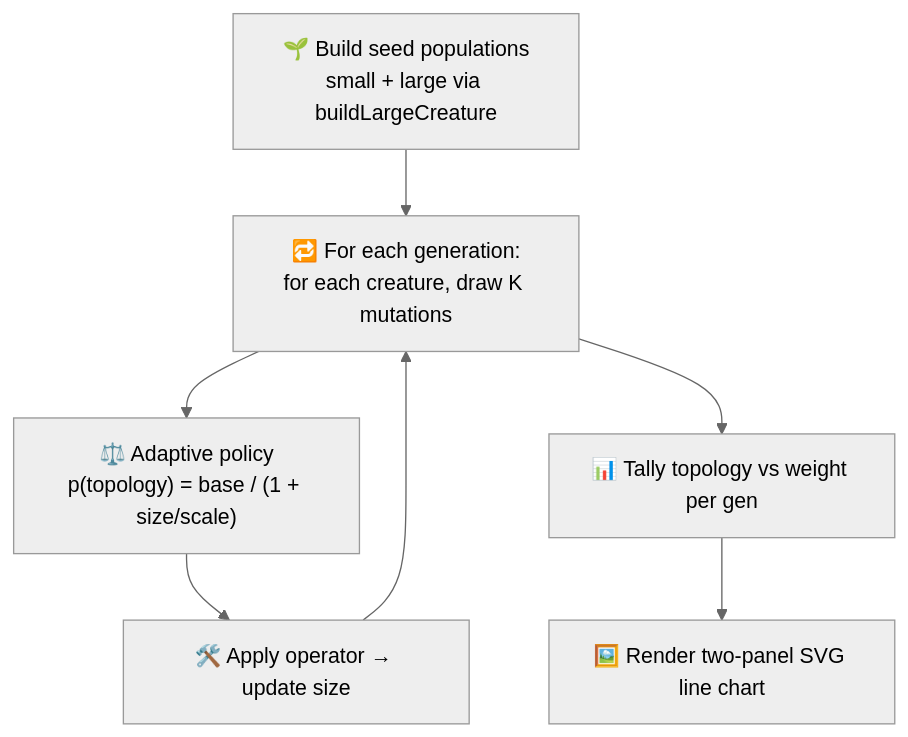
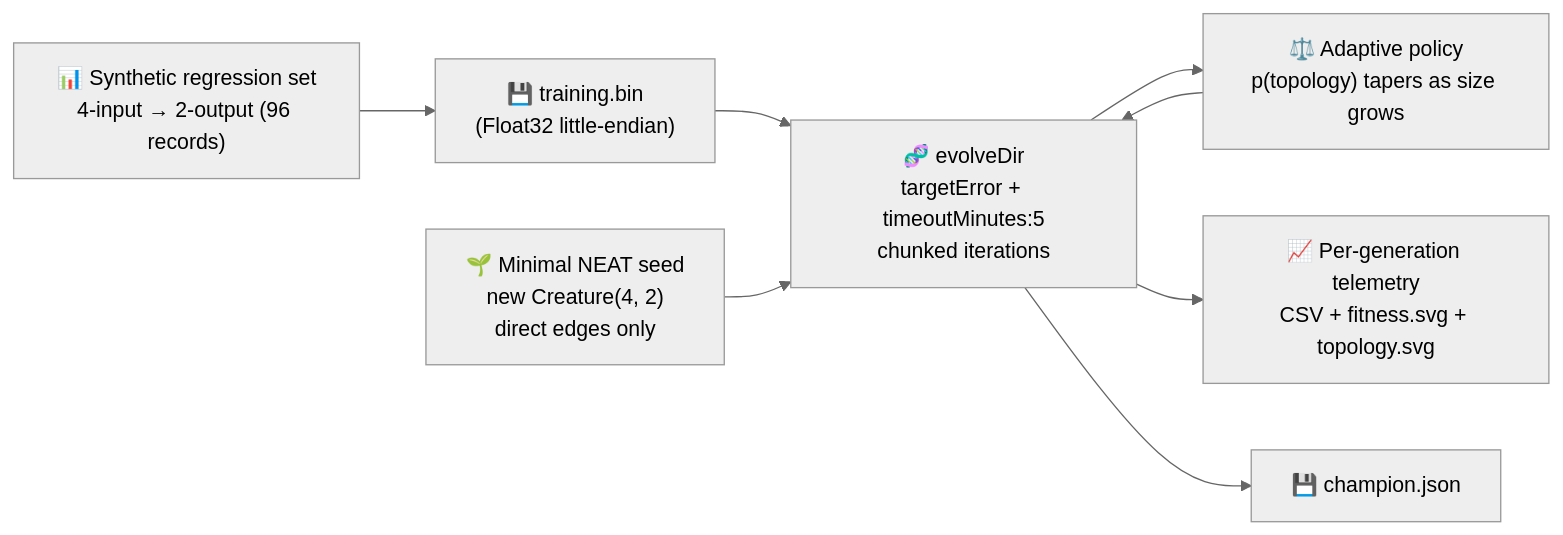
Before and after one commit to stSoftwareAU/NEAT-AI-Examples: the diagram in adaptive_mutation/README.md, drawn with Mermaid (neutral theme). The commit also changed other lines of this file and 11 other files, not shown here.

First line of the commit message:
Audit adaptive_mutation: minimal seed + measured telemetry (#212)

````diff
--- a/adaptive_mutation/README.md
+++ b/adaptive_mutation/README.md
@@ -46,16 +93,17 @@
 ```mermaid
-flowchart TD
-    SEED["🌱 Build seed populations<br/>small + large via buildLargeCreature"]
-    LOOP["🔁 For each generation:<br/>for each creature, draw K mutations"]
-    POLICY["⚖️ Adaptive policy<br/>p(topology) = base / (1 + size/scale)"]
-    APPLY["🛠️ Apply operator → update size"]
-    TALLY["📊 Tally topology vs weight per gen"]
-    SVG["🖼️ Render two-panel SVG line chart"]
+flowchart LR
+    DATA["📊 Synthetic regression set<br/>4-input → 2-output (96 records)"]
+    BIN["💾 training.bin<br/>(Float32 little-endian)"]
+    SEED["🌱 Minimal NEAT seed<br/>new Creature(4, 2)<br/>direct edges only"]
+    EVOLVE["🧬 evolveDir<br/>targetError + timeoutMinutes:5<br/>chunked iterations"]
+    POLICY["⚖️ Adaptive policy<br/>p(topology) tapers as size grows"]
+    TELEMETRY["📈 Per-generation telemetry<br/>CSV + fitness.svg + topology.svg"]
+    CHAMP["💾 champion.json"]
 
-    SEED --> LOOP
-    LOOP --> POLICY
-    POLICY --> APPLY
-    APPLY --> LOOP
-    LOOP --> TALLY
-    TALLY --> SVG
+    DATA --> BIN --> EVOLVE
+    SEED --> EVOLVE
+    EVOLVE --> POLICY
+    POLICY --> EVOLVE
+    EVOLVE --> TELEMETRY
+    EVOLVE --> CHAMP
 ```
````
